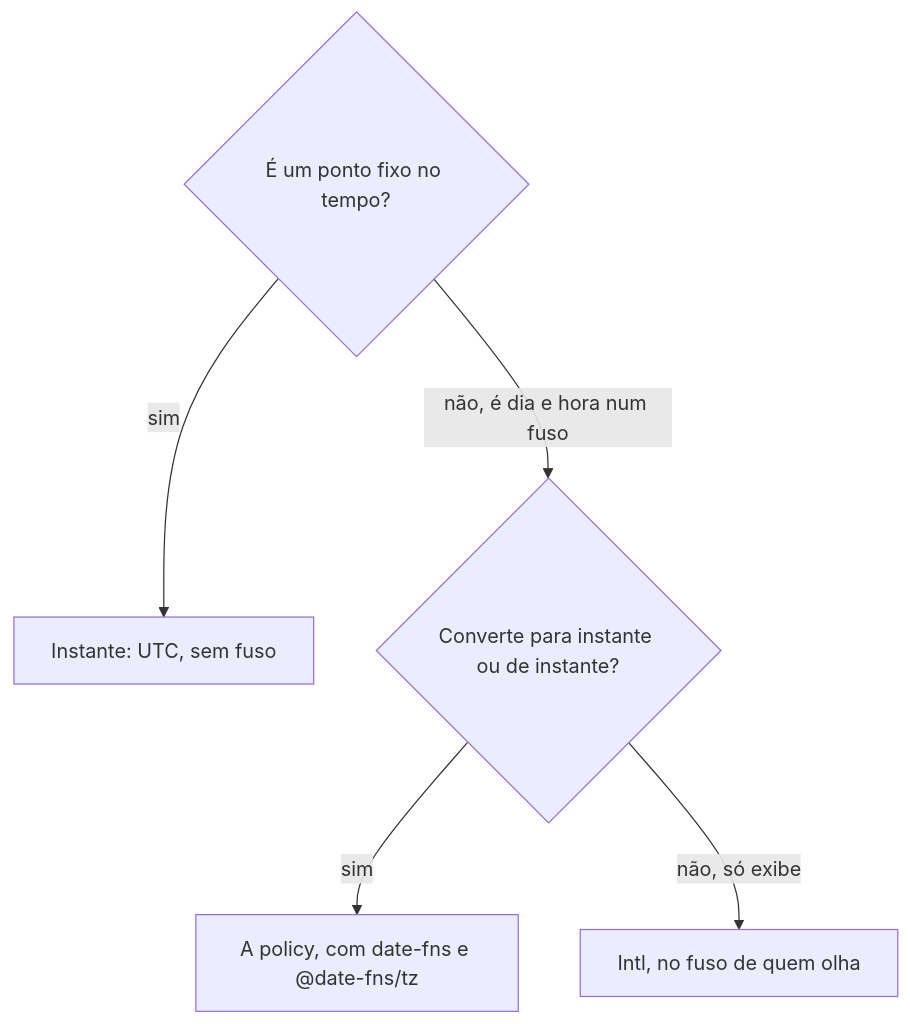
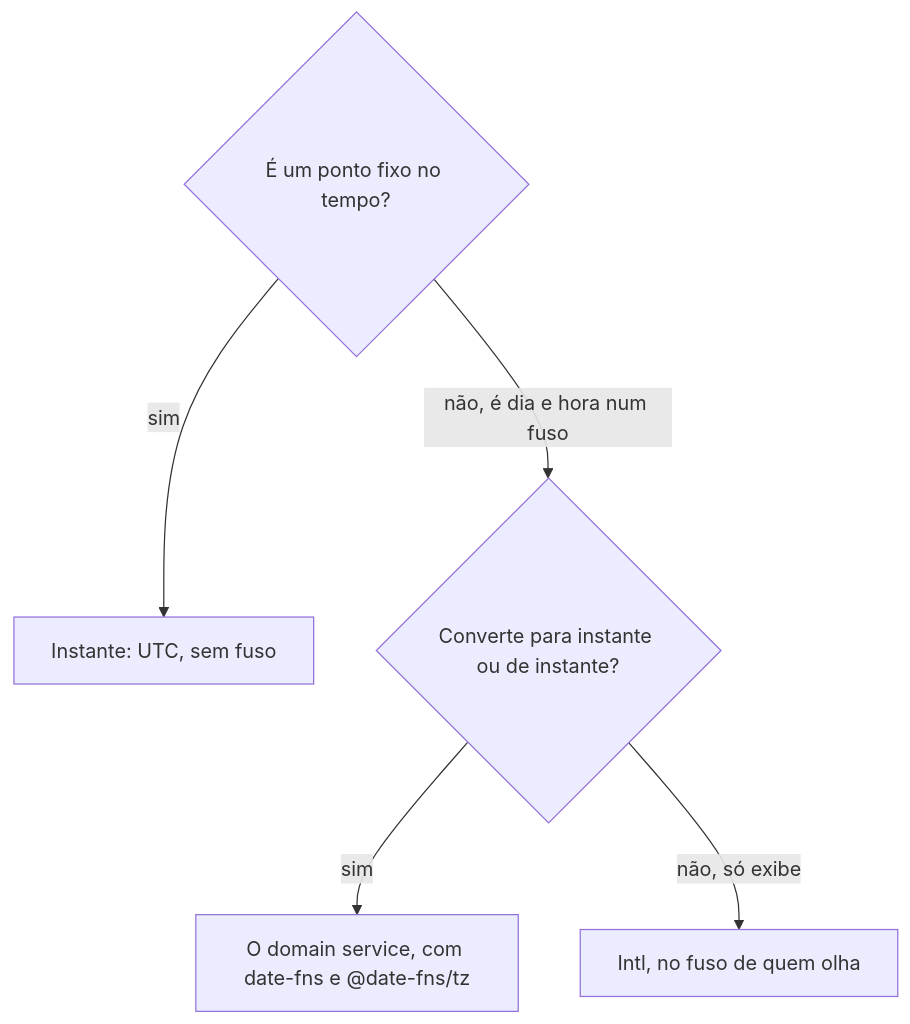
The diagram in architecture/general/date-time.md (otonydesideri/metri), drawn with Mermaid before and after one commit. The commit also changed other lines of this file and 22 other files, not shown here.

Commit message:
v1.5(B): lean transaction and domain service rules

````diff
--- a/architecture/general/date-time.md
+++ b/architecture/general/date-time.md
@@ -57,7 +57,7 @@
 ```mermaid
 flowchart TD
   Q1{É um ponto fixo no tempo?} -->|sim| A[Instante: UTC, sem fuso]
   Q1 -->|não, é dia e hora num fuso| Q2{Converte para instante ou de instante?}
-  Q2 -->|sim| B[A policy, com date-fns e @date-fns/tz]
+  Q2 -->|sim| B[O domain service, com date-fns e @date-fns/tz]
   Q2 -->|não, só exibe| C[Intl, no fuso de quem olha]
 ```
````
